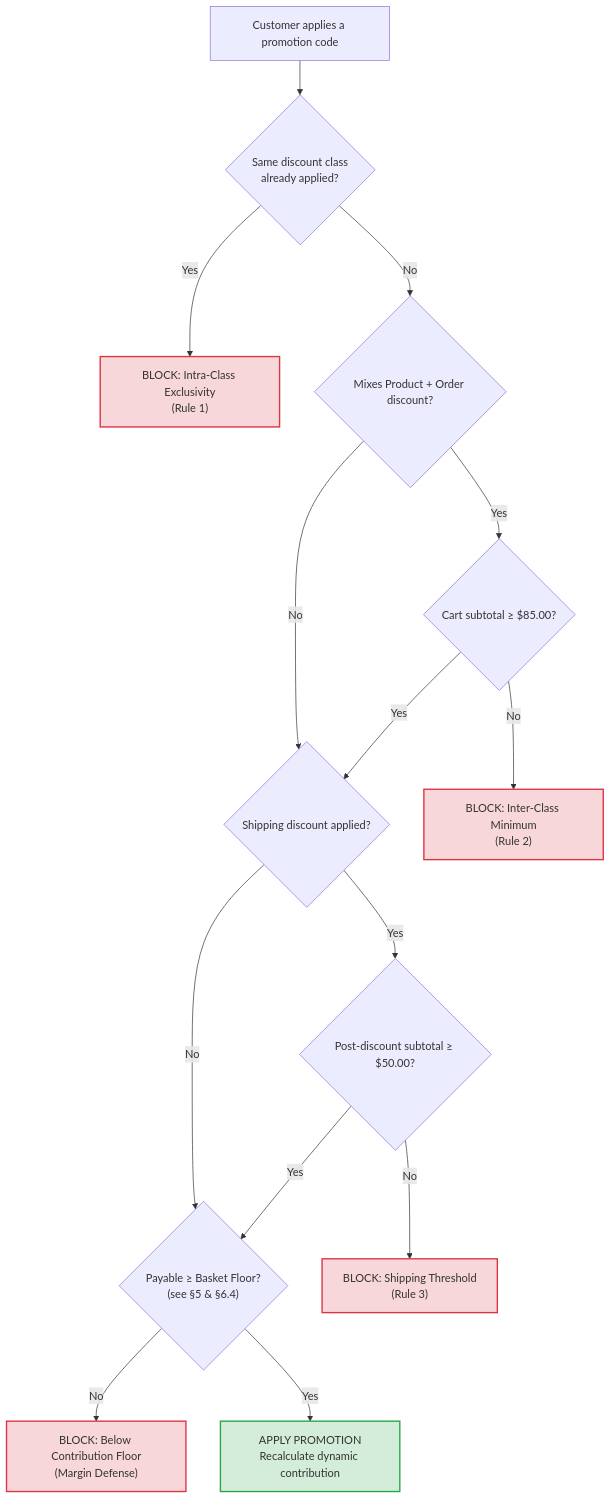
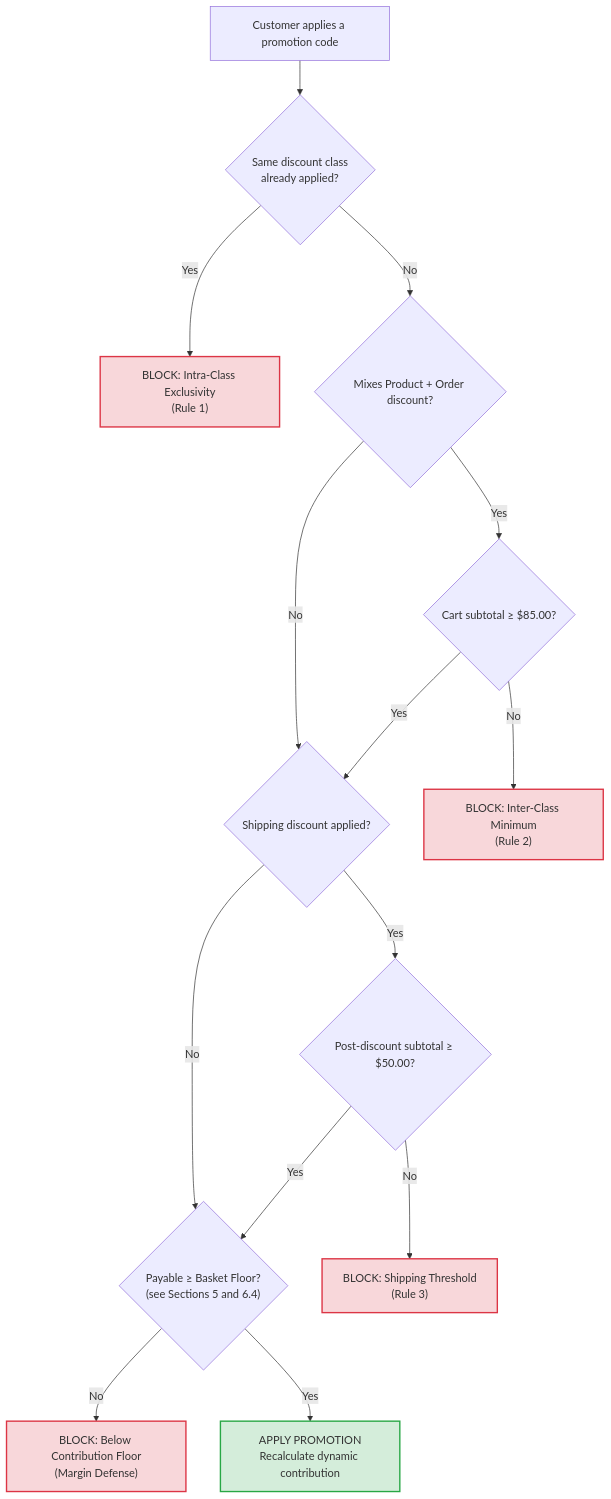
One commit to riovicsusas/portfolio changed the fourth of 5 diagrams in domain-5-technical-diagnosis/MasterDossier-Domain5-MarginDefenseAndCartDiagnostics.md. Above: the diagram before and after it, drawn with Mermaid. The commit also changed other lines of this file and 6 other files, not shown here.

````diff
--- a/domain-5-technical-diagnosis/MasterDossier-Domain5-MarginDefenseAndCartDiagnostics.md
+++ b/domain-5-technical-diagnosis/MasterDossier-Domain5-MarginDefenseAndCartDiagnostics.md
@@ -207,22 +207,22 @@
 ```mermaid
 flowchart TD
     A["Customer applies a promotion code"] --> B{"Same discount class<br/>already applied?"}
     B -- "Yes" --> X1["BLOCK: Intra-Class Exclusivity<br/>(Rule 1)"]
     B -- "No" --> C{"Mixes Product + Order discount?"}
     C -- "Yes" --> C2{"Cart subtotal ≥ $85.00?"}
     C -- "No" --> D{"Shipping discount applied?"}
     C2 -- "No" --> X2["BLOCK: Inter-Class Minimum<br/>(Rule 2)"]
     C2 -- "Yes" --> D
     D -- "Yes" --> D2{"Post-discount subtotal ≥ $50.00?"}
-    D -- "No" --> F{"Payable ≥ Basket Floor?<br/>(see §5 & §6.4)"}
+    D -- "No" --> F{"Payable ≥ Basket Floor?<br/>(see Sections 5 and 6.4)"}
     D2 -- "No" --> X3["BLOCK: Shipping Threshold<br/>(Rule 3)"]
     D2 -- "Yes" --> F
     F -- "No" --> X4["BLOCK: Below Contribution Floor<br/>(Margin Defense)"]
     F -- "Yes" --> E["APPLY PROMOTION<br/>Recalculate dynamic contribution"]
 
     style X1 fill:#f8d7da,stroke:#dc3545,stroke-width:2px;
     style X2 fill:#f8d7da,stroke:#dc3545,stroke-width:2px;
     style X3 fill:#f8d7da,stroke:#dc3545,stroke-width:2px;
     style X4 fill:#f8d7da,stroke:#dc3545,stroke-width:2px;
     style E fill:#d4edda,stroke:#28a745,stroke-width:2px;
 ```
````
